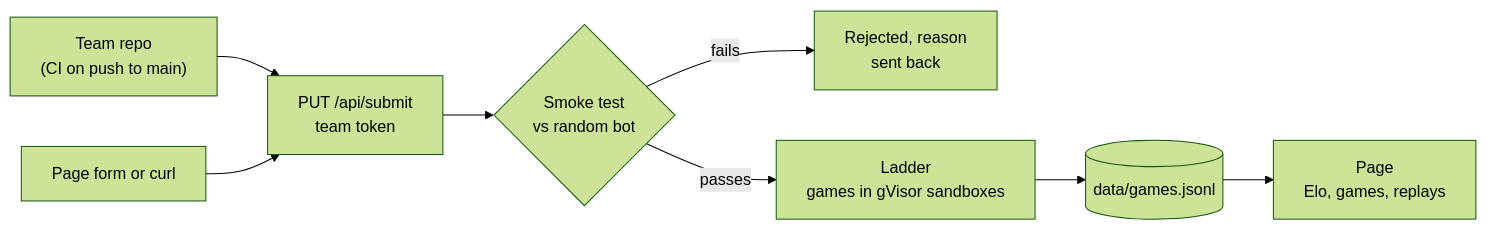
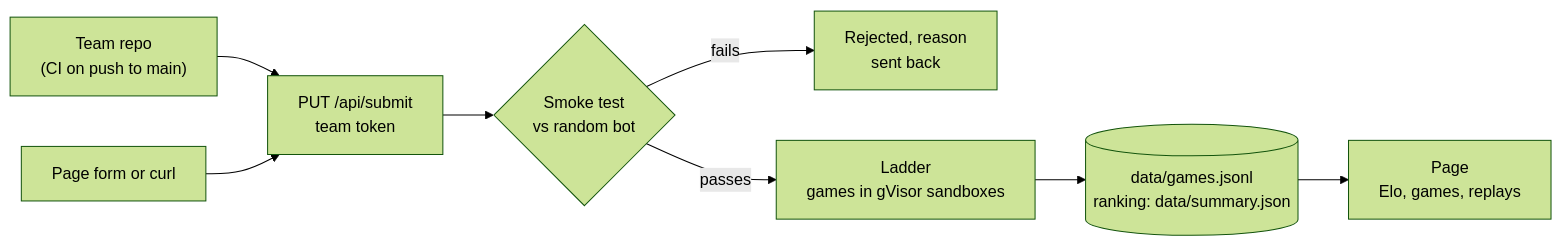
The diagram in README.md (VianAtETS/LOG200-Scoreboard), drawn with Mermaid (forest theme) before and after one commit. The commit also changed other lines of this file and 14 other files, not shown here.

````diff
--- a/README.md
+++ b/README.md
@@ -13,10 +13,10 @@
 ```mermaid
 flowchart LR
     CI["Team repo<br>(CI on push to main)"] --> API
     Form["Page form or curl"] --> API
     API["PUT /api/submit<br>team token"] --> Smoke{"Smoke test<br>vs random bot"}
     Smoke -- fails --> Reason["Rejected, reason<br>sent back"]
     Smoke -- passes --> Ladder["Ladder<br>games in gVisor sandboxes"]
-    Ladder --> Games[("data/games.jsonl")]
+    Ladder --> Games[("data/games.jsonl<br>ranking: data/summary.json")]
     Games --> Page["Page<br>Elo, games, replays"]
 ```
````
